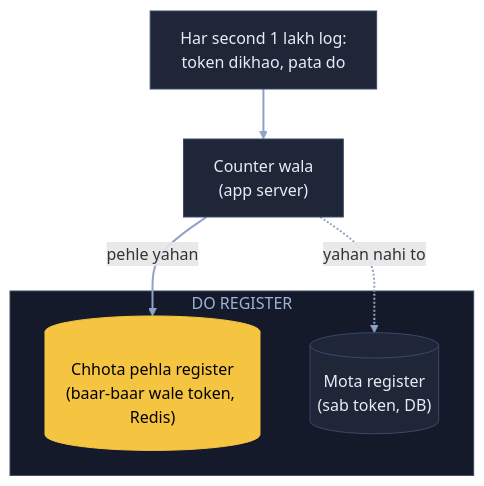
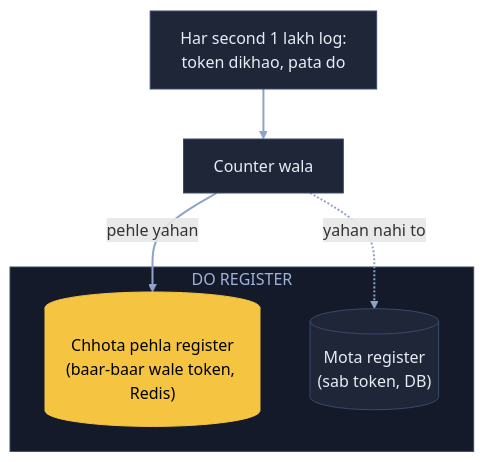
The third of 14 diagrams in 04_HLD/SYSTEM_DESIGNS/01_url_shortener/01_url_shortener.md (ArpanMaheshwari144/Prep), drawn with Mermaid before and after one commit. The commit also changed other lines of this file and 21 other files, not shown here.

Commit message:
Diagram: saare label purani halat me (bracket wala kaam dobara, sirf kahani ke dohraaye shabd)

````diff
--- a/04_HLD/SYSTEM_DESIGNS/01_url_shortener/01_url_shortener.md
+++ b/04_HLD/SYSTEM_DESIGNS/01_url_shortener/01_url_shortener.md
@@ -137,18 +137,18 @@
 ```mermaid
 flowchart TB
     U["Har second 1 lakh log:<br/>token dikhao, pata do"]:::card
-    C["Counter wala<br/>(app server)"]:::card
+    C["Counter wala"]:::card
     subgraph RG["DO REGISTER"]
         R[("Chhota pehla register<br/>(baar-baar wale token, Redis)")]:::pill
         D[("Mota register<br/>(sab token, DB)")]:::card
     end
     U --> C
     C -- "pehle yahan" --> R
     C -. "yahan nahi to" .-> D
     linkStyle default stroke:#8fa3c7,stroke-width:2px
     classDef card fill:#1e2638,stroke:#3a4a6b,color:#e8ecf5
     classDef pill fill:#f5c542,stroke:#f5c542,color:#000
     classDef good fill:#2e7d4f,stroke:#3fbf6f,color:#fff
     classDef bad fill:#5c1f24,stroke:#e05561,color:#fff
     style RG fill:#141a29,stroke:#3a4a6b,color:#9fb3d9
 ```
````
